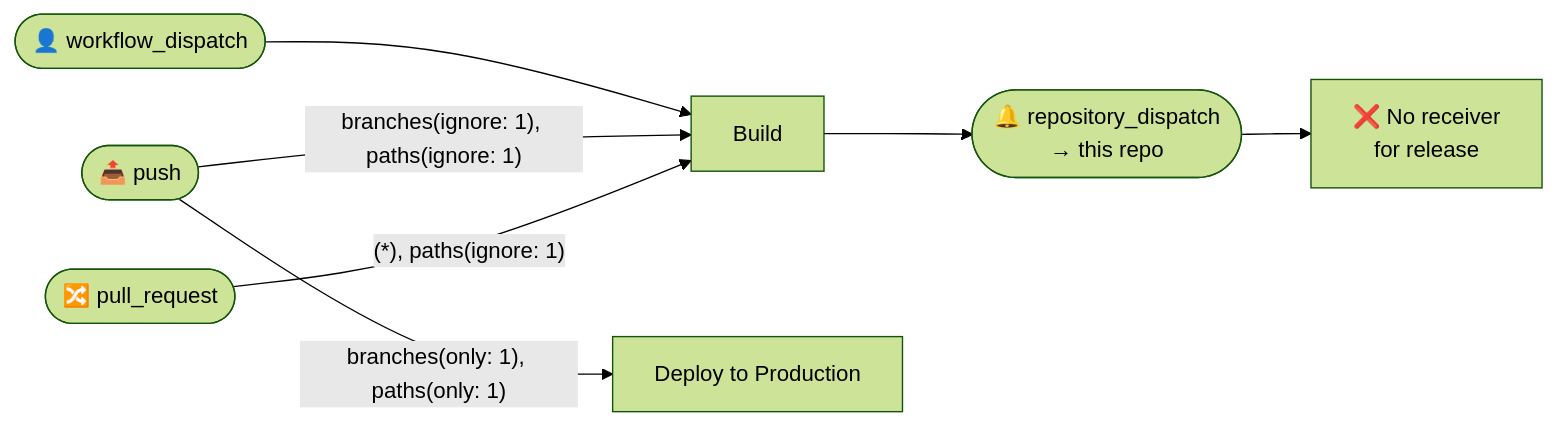
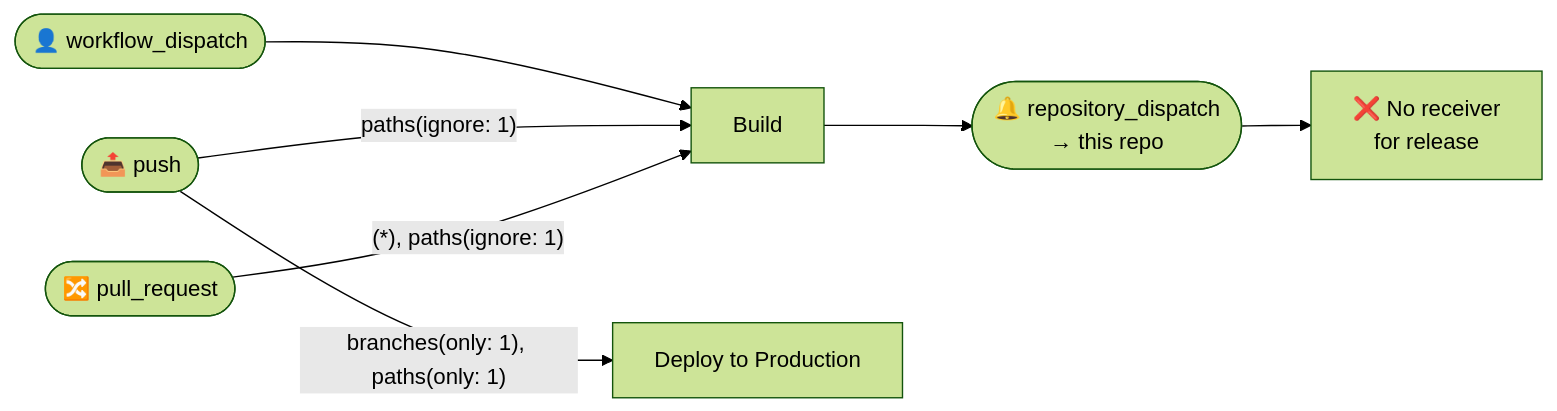
The diagram in jvm/examples/gradle/.github/typeflows/README.md (typeflows/typeflows), drawn with Mermaid (forest theme) before and after one commit. The commit also changed 3 other files, not shown here.

````diff
--- a/jvm/examples/gradle/.github/typeflows/README.md
+++ b/jvm/examples/gradle/.github/typeflows/README.md
@@ -3,16 +3,16 @@
 ```mermaid
 flowchart LR
     workflowdispatch(["👤 workflow_dispatch"])
     push(["📤 push"])
     pullrequest(["🔀 pull_request"])
     repositorydispatchgithubrepository(["🔔 repository_dispatch<br/>→ this repo"])
     buildyml["Build"]
     deployyml["Deploy to Production"]
     noreceiverrelease["❌ No receiver<br/>for release"]
     workflowdispatch --> buildyml
-    push -->|"branches(ignore: 1), paths(ignore: 1)"|buildyml
+    push -->|"paths(ignore: 1)"|buildyml
     push -->|"branches(only: 1), paths(only: 1)"|deployyml
     pullrequest -->|"(*), paths(ignore: 1)"|buildyml
     buildyml --> repositorydispatchgithubrepository
     repositorydispatchgithubrepository --> noreceiverrelease
 ```
````
